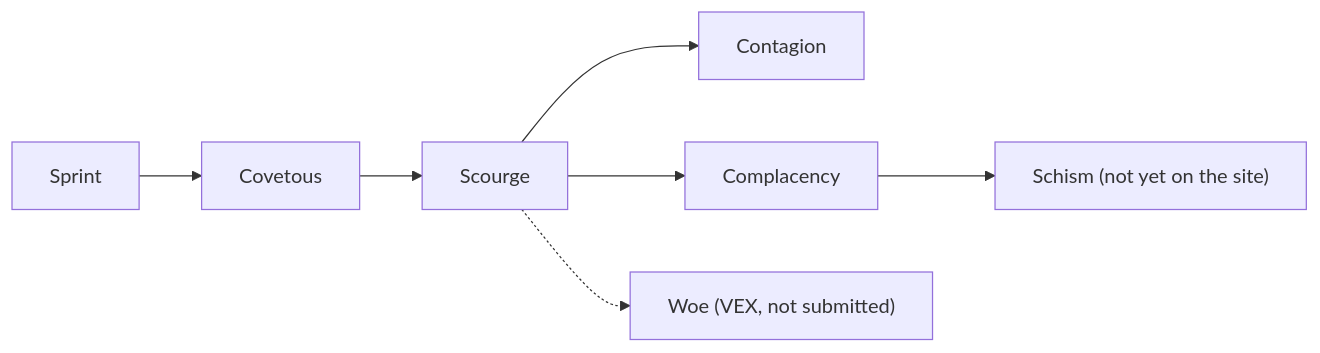
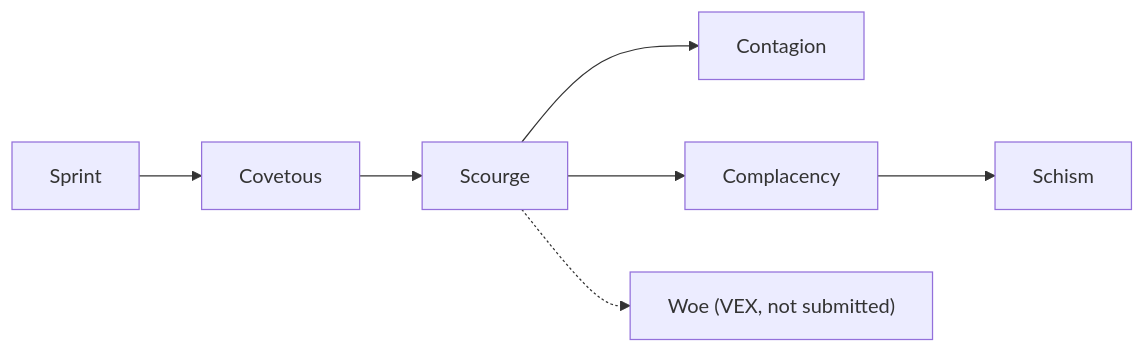
One commit to avarice-dev/AI-CellHack2 changed the second of 2 diagrams in architecture/cells-and-experiments.md. Above: the diagram before and after it, drawn with Mermaid. The commit also changed other lines of this file and 1 other file, not shown here.

Commit message:
docs: Schism Sandbox results, on the ladder as cell 176

````diff
--- a/architecture/cells-and-experiments.md
+++ b/architecture/cells-and-experiments.md
@@ -96,7 +96,7 @@
 ```mermaid
 flowchart LR
     S["Sprint"] --> C["Covetous"] --> SC["Scourge"] --> CO["Contagion"]
     SC --> CP["Complacency"]
-    CP --> SM["Schism (not yet on the site)"]
+    CP --> SM["Schism"]
     SC -.-> W["Woe (VEX, not submitted)"]
 ```
````
